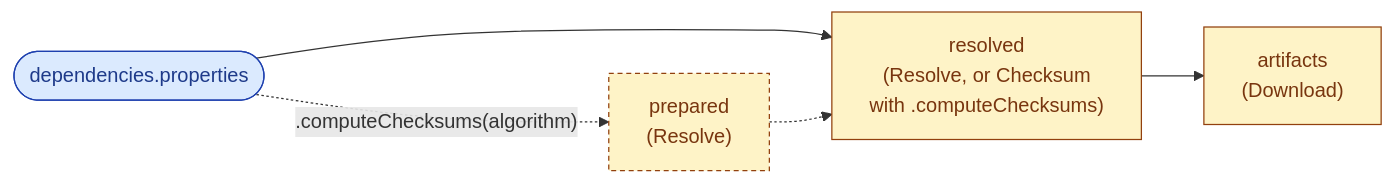
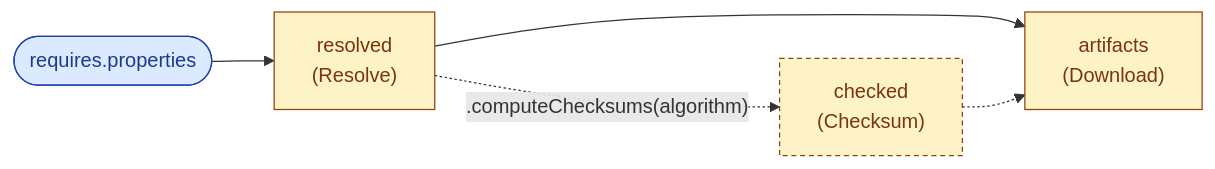
One commit to raphw/jenesis changed the second of 5 diagrams in README.md. Above: the diagram before and after it, drawn with Mermaid. The commit also changed other lines of this file, not shown here.

````diff
--- a/README.md
+++ b/README.md
@@ -183,14 +193,14 @@
 ```mermaid
 flowchart LR
   classDef input fill:#dbeafe,stroke:#1e40af,color:#1e3a8a;
   classDef step fill:#fef3c7,stroke:#92400e,color:#78350f;
   classDef optional fill:#fef3c7,stroke:#92400e,color:#78350f,stroke-dasharray:4 3;
-  deps(["dependencies.properties"]):::input
-  prepared["prepared<br/>(Resolve)"]:::optional
-  resolved["resolved<br/>(Resolve, or Checksum<br/>with .computeChecksums)"]:::step
+  deps(["requires.properties"]):::input
+  resolved["resolved<br/>(Resolve)"]:::step
+  checked["checked<br/>(Checksum)"]:::optional
   artifacts["artifacts<br/>(Download)"]:::step
   deps --> resolved
-  deps -.->|".computeChecksums(algorithm)"| prepared
-  prepared -.-> resolved
+  resolved -.->|".computeChecksums(algorithm)"| checked
   resolved --> artifacts
+  checked -.-> artifacts
 ```
````
